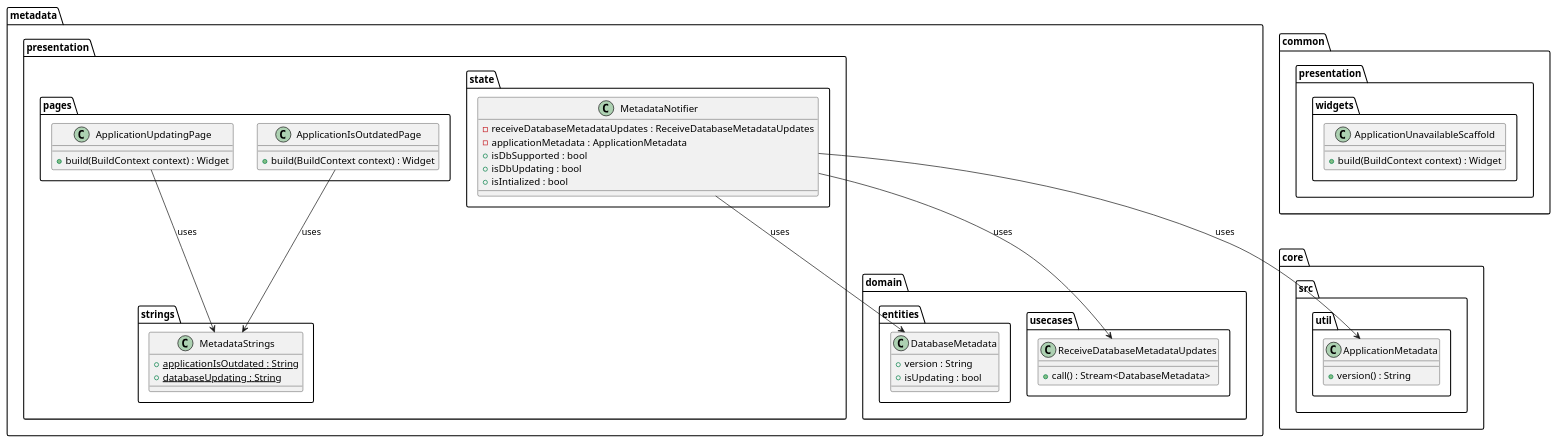
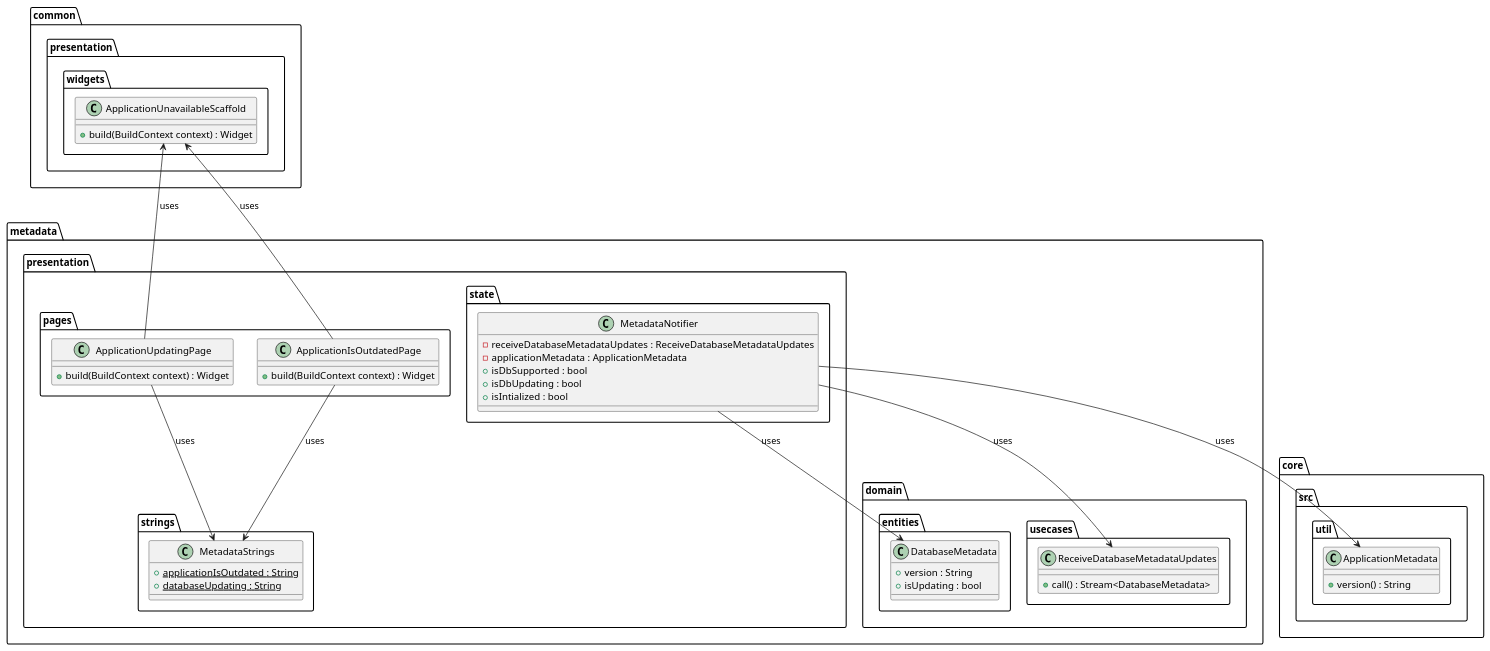
One commit to Flank/flank-dashboard changed the diagram in metrics/web/docs/features/database_metadata/diagrams/metadata_presentation_class_diagram.puml. Above: the diagram before and after it, drawn with PlantUML.

Commit message:
Add missing dependencies into the presentation layer class diagram

```diff
--- a/metrics/web/docs/features/database_metadata/diagrams/metadata_presentation_class_diagram.puml
+++ b/metrics/web/docs/features/database_metadata/diagrams/metadata_presentation_class_diagram.puml
@@ -1,69 +1,71 @@
 @startuml metadata_presentation_class_diagram
 
 package core.src.util {
     class ApplicationMetadata {
         + version() : String
     }
 }
 
 package common.presentation.widgets {
     class ApplicationUnavailableScaffold {
         + build(BuildContext context) : Widget
     }
 }
 
 package metadata {
     package domain {
         package entities {
             class DatabaseMetadata {
                 + version : String
                 + isUpdating : bool
             }
         }
 
 
         package usecases {
             class ReceiveDatabaseMetadataUpdates {
                 + call() : Stream<DatabaseMetadata>
             }
         }
     }
 
     package presentation {
         package state {
             class MetadataNotifier {
                 - receiveDatabaseMetadataUpdates : ReceiveDatabaseMetadataUpdates
                 - applicationMetadata : ApplicationMetadata
                 + isDbSupported : bool
                 + isDbUpdating : bool
                 + isIntialized : bool
             }
         }
 
         package pages {
             class ApplicationUpdatingPage {
                 + build(BuildContext context) : Widget
             }
             class ApplicationIsOutdatedPage {
                 + build(BuildContext context) : Widget
             }
         }
 
         package strings {
             class MetadataStrings {
                 + {static} applicationIsOutdated : String
                 + {static} databaseUpdating : String
             }
         }
     }
 }
 
 MetadataNotifier --> ApplicationMetadata : uses
 MetadataNotifier --> ReceiveDatabaseMetadataUpdates : uses
 MetadataNotifier --> DatabaseMetadata : uses
 
 ApplicationUpdatingPage --> MetadataStrings : uses
 ApplicationIsOutdatedPage --> MetadataStrings : uses
 
+ApplicationUpdatingPage -up-> ApplicationUnavailableScaffold : uses
+ApplicationIsOutdatedPage -up-> ApplicationUnavailableScaffold : uses
 
 @enduml
```
